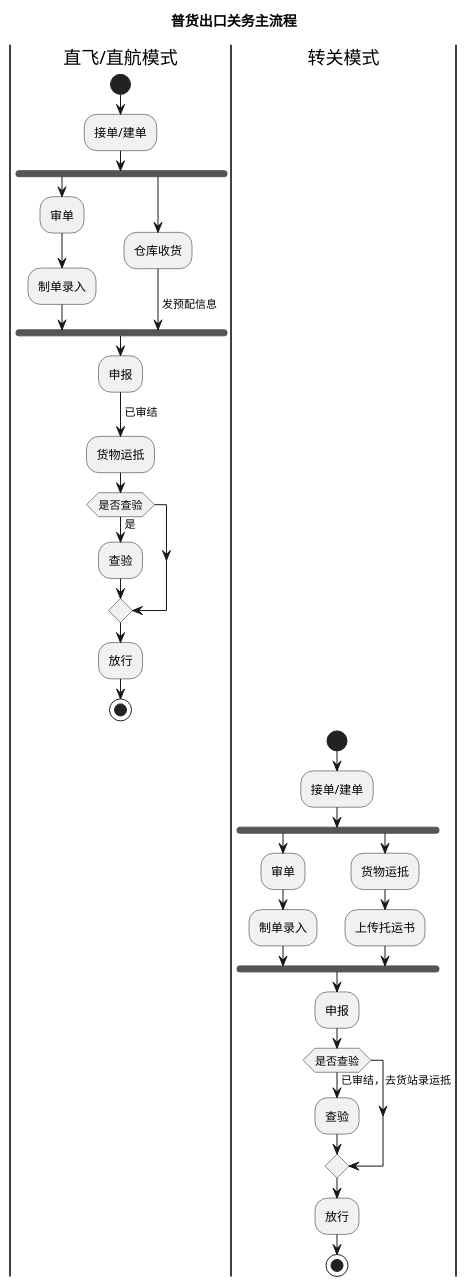
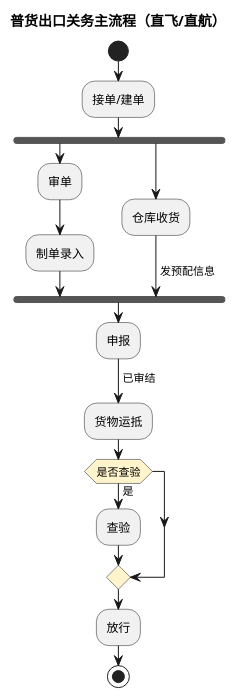
One commit to jack888332/projects-doc changed the first of 7 diagrams in product-caliber/goldjet/segmented-prd/mainflow/PRD.高捷物流系统一期.主流程.01.业务模式主流程总览.md. Above: the diagram before and after it, drawn with PlantUML. The commit also changed other lines of this file and 20 other files, not shown here.

Commit message:
优化流程表对应的DLS图

````diff
--- a/product-caliber/goldjet/segmented-prd/mainflow/PRD.高捷物流系统一期.主流程.01.业务模式主流程总览.md
+++ b/product-caliber/goldjet/segmented-prd/mainflow/PRD.高捷物流系统一期.主流程.01.业务模式主流程总览.md
@@ -12,41 +12,24 @@
 ```plantuml
 @startuml
-title 普货出口关务主流程
+skinparam activityDiamondBackgroundColor #FFF4CC
+title 普货出口关务主流程（直飞/直航）
 
-|直飞/直航模式|
 start
 :接单/建单;
 fork
   :审单;
   :制单录入;
 fork again
   :仓库收货;
   -> 发预配信息;
 end fork
 :申报;
 -> 已审结;
 :货物运抵;
 if (是否查验) then (是)
   :查验;
 endif
 :放行;
 stop
-
-|转关模式|
-start
-:接单/建单;
-fork
-  :审单;
-  :制单录入;
-fork again
-  :货物运抵;
-  :上传托运书;
-end fork
-:申报;
-if (是否查验) then (已审结，去货站录运抵)
-  :查验;
-endif
-:放行;
-stop
 @enduml
 ```
````
